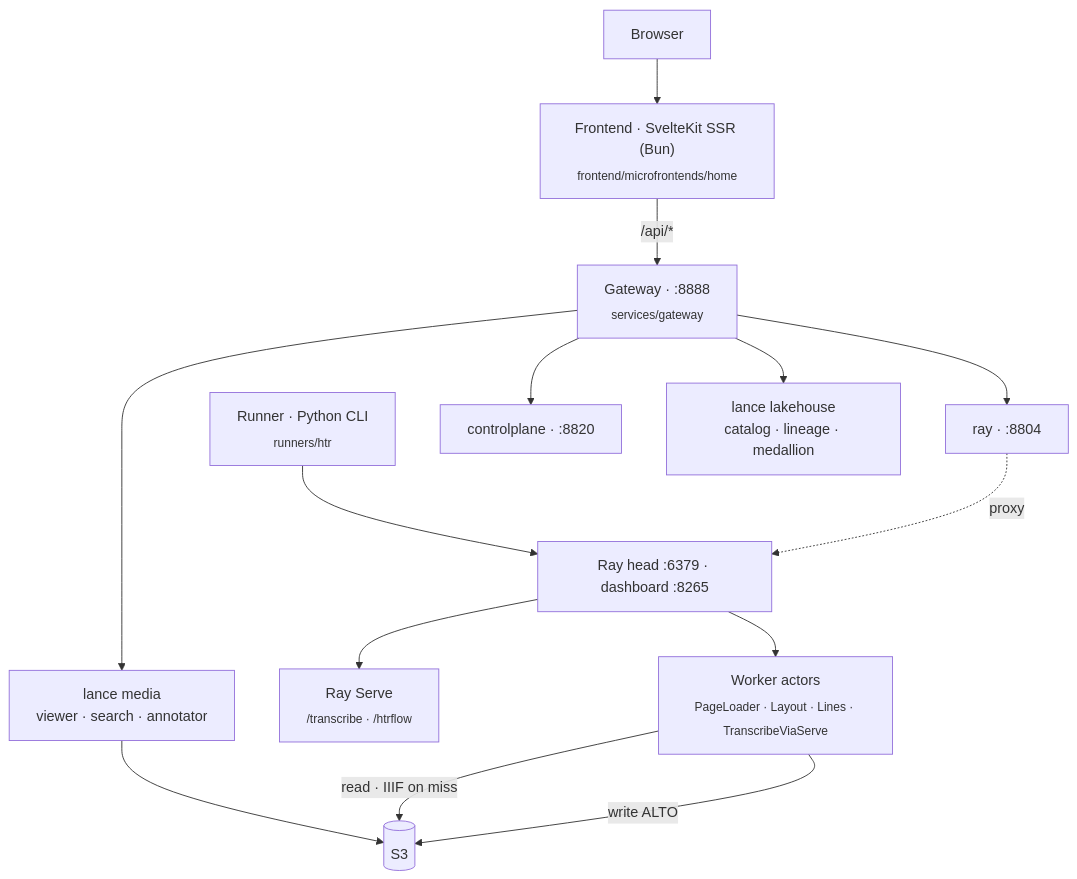
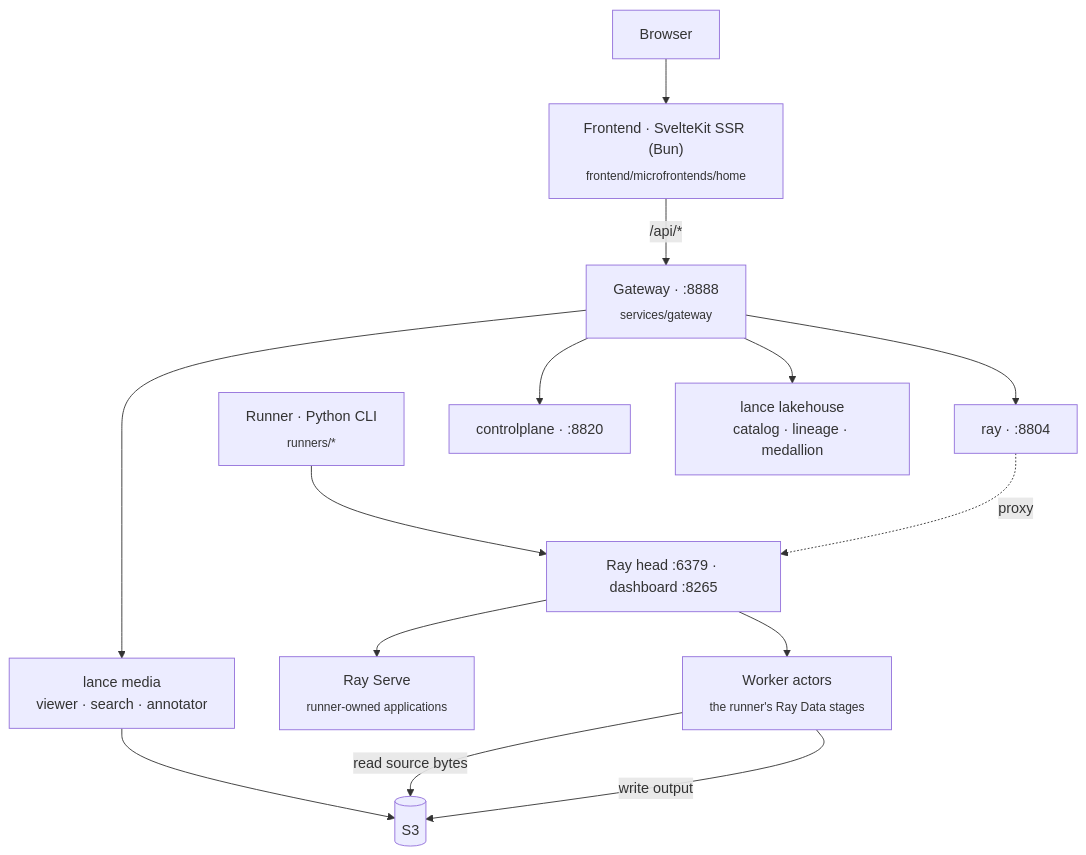
Before and after one commit to AI-Riksarkivet/rask: the diagram in docs/architecture/index.md, drawn with Mermaid. The commit also changed other lines of this file and 67 other files, not shown here.

````diff
--- a/docs/architecture/index.md
+++ b/docs/architecture/index.md
@@ -25,16 +25,16 @@
 ```mermaid
 flowchart TB
     browser["Browser"] --> spa["Frontend · SvelteKit SSR (Bun)<br/><sub>frontend/microfrontends/home</sub>"]
     spa -->|"/api/*"| gw["Gateway · :8888<br/><sub>services/gateway</sub>"]
-    cli["Runner · Python CLI<br/><sub>runners/htr</sub>"] --> head
+    cli["Runner · Python CLI<br/><sub>runners/*</sub>"] --> head
     gw --> rayapi["ray · :8804"]
     gw --> cp["controlplane · :8820"]
     gw --> lake["lance lakehouse<br/>catalog · lineage · medallion"]
     gw --> media["lance media<br/>viewer · search · annotator"]
     media --> s3[("S3")]
     rayapi -.->|proxy| head["Ray head :6379 · dashboard :8265"]
-    head --> serve["Ray Serve<br/><sub>/transcribe · /htrflow</sub>"]
-    head --> workers["Worker actors<br/><sub>PageLoader · Layout · Lines · TranscribeViaServe</sub>"]
-    workers -->|read · IIIF on miss| s3
-    workers -->|write ALTO| s3
+    head --> serve["Ray Serve<br/><sub>runner-owned applications</sub>"]
+    head --> workers["Worker actors<br/><sub>the runner's Ray Data stages</sub>"]
+    workers -->|read source bytes| s3
+    workers -->|write output| s3
 ```
````
